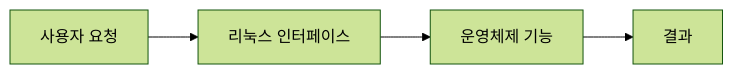
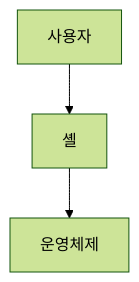
One commit to umyunsang/edu changed the diagram in ComputerScience/04_systems-infrastructure/linux/notes/04. 셸과 셸 프로그래밍.md. Above: the diagram before and after it, drawn with Mermaid (forest theme). The commit also changed other lines of this file and 7 other files, not shown here.

````diff
--- a/ComputerScience/04_systems-infrastructure/linux/notes/04. 셸과 셸 프로그래밍.md
+++ b/ComputerScience/04_systems-infrastructure/linux/notes/04. 셸과 셸 프로그래밍.md
@@ -25,6 +19,5 @@
 ```mermaid
-flowchart LR
- A[사용자 요청] --> B[리눅스 인터페이스]
- B --> C[운영체제 기능]
- C --> D[결과]
+flowchart TB
+    A[사용자] --> B[셸]
+    B --> C[운영체제]
 ```
````
